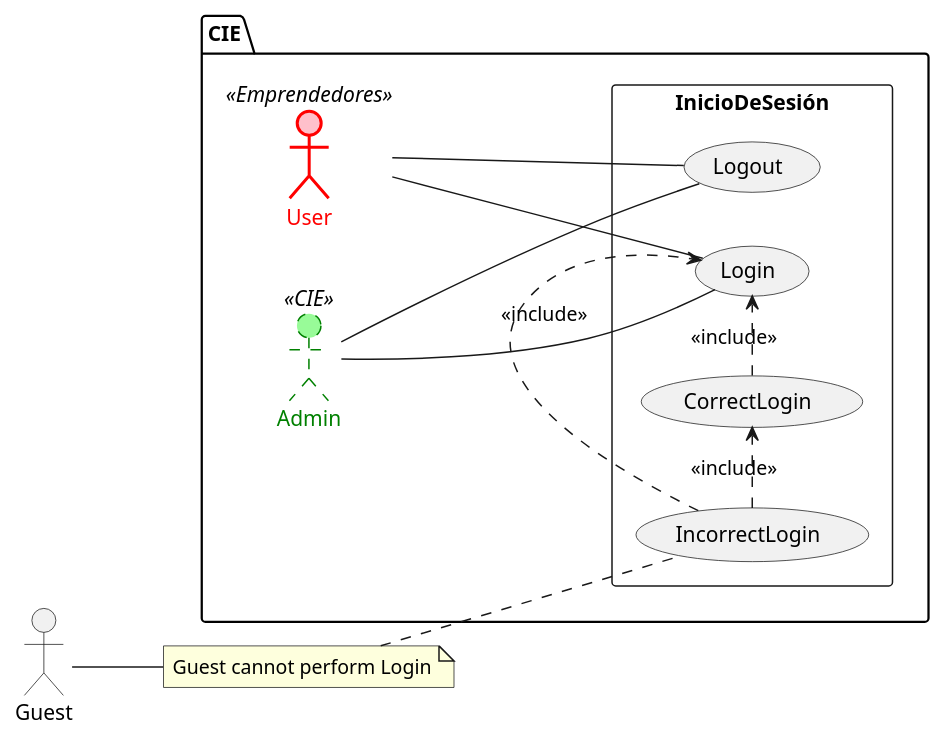
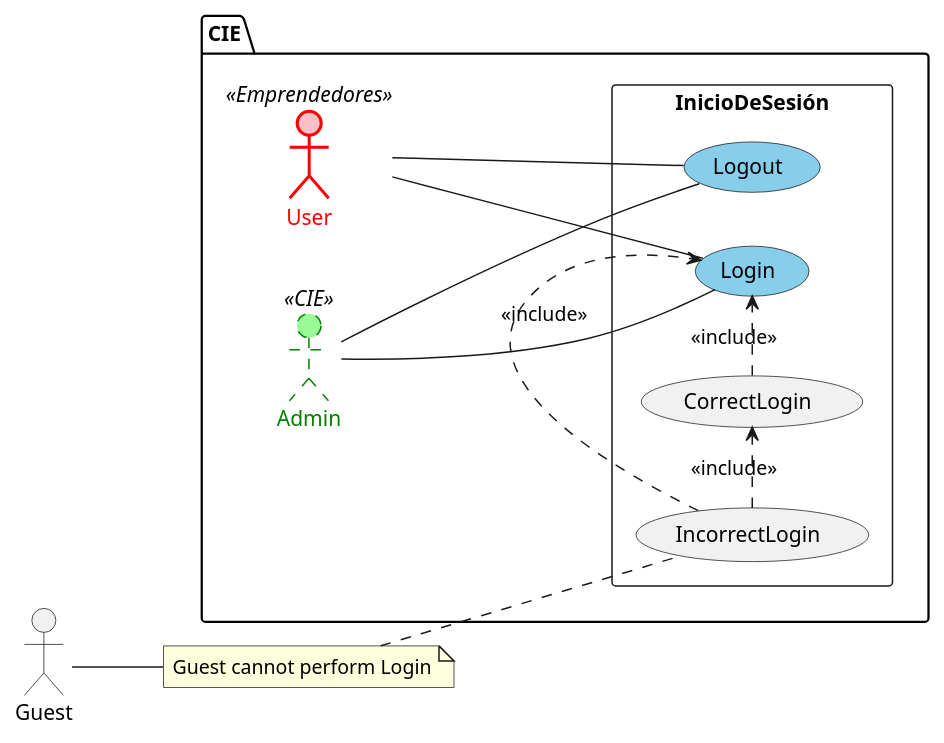
The diagram in assets/domain-model/AuthenticationSystem.puml (CIE-UPB/docs), drawn with PlantUML before and after one commit. The commit also changed 31 other files, not shown here.

```diff
--- a/assets/domain-model/AuthenticationSystem.puml
+++ b/assets/domain-model/AuthenticationSystem.puml
@@ -1,26 +1,26 @@
-@startuml Roles
+@startuml AuthenticationSystem
 left to right direction
 
 package CIE {
 
     actor "User" as user <<Emprendedores>> #pink;line:red;line.bold;text:red
     actor "Admin" as admin <<CIE>> #palegreen;line:green;line.dashed;text:green
     rectangle InicioDeSesión {
         (IncorrectLogin).>(login):<<include>>
         (IncorrectLogin) .> (CorrectLogin) : <<include>>
         (CorrectLogin) .> (login) : <<include>>
         user -- (login)
         admin -- (login)
         user -- (logout)
         admin -- (logout)
-        usecase "Login" as login
-        usecase "Logout" as logout
+        usecase "Login" as login #SkyBlue
+        usecase "Logout" as logout #SkyBlue
     }
 }
 
 actor "Guest" as guest
 
 note "Guest cannot perform Login" as N1
 guest -- N1
 N1 .. IncorrectLogin
 @enduml
```
